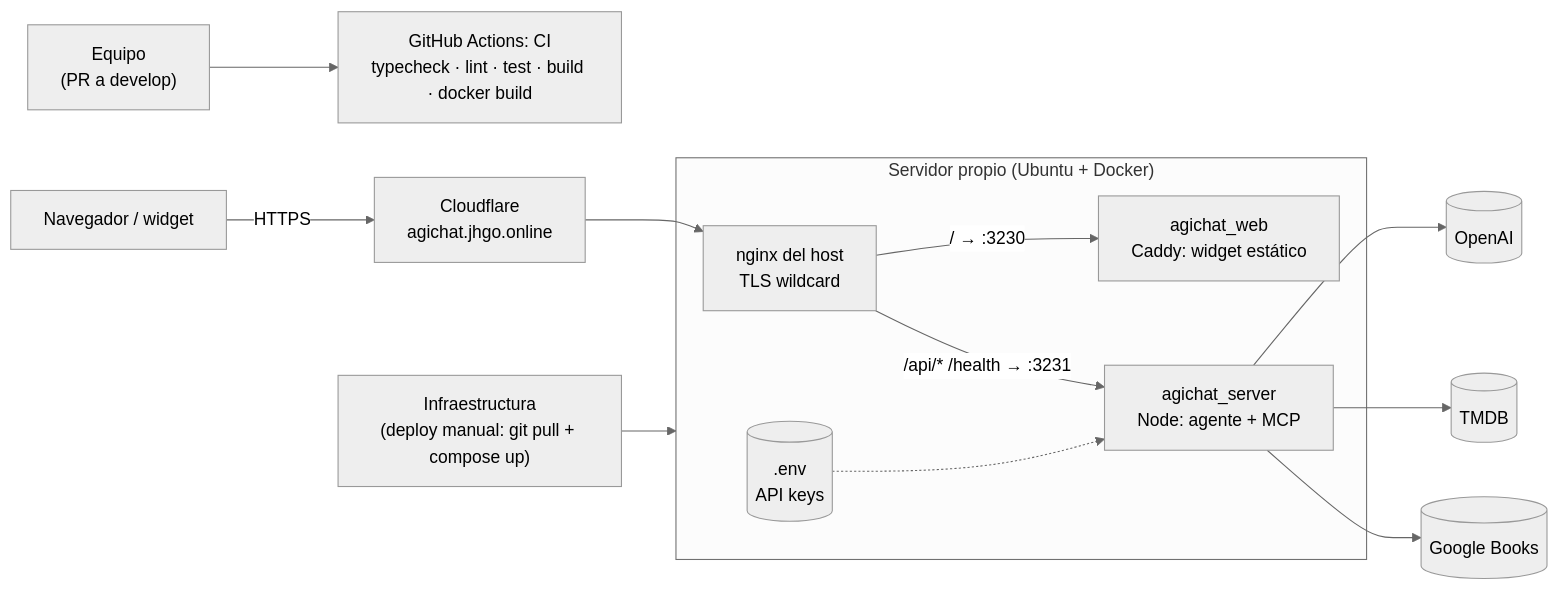
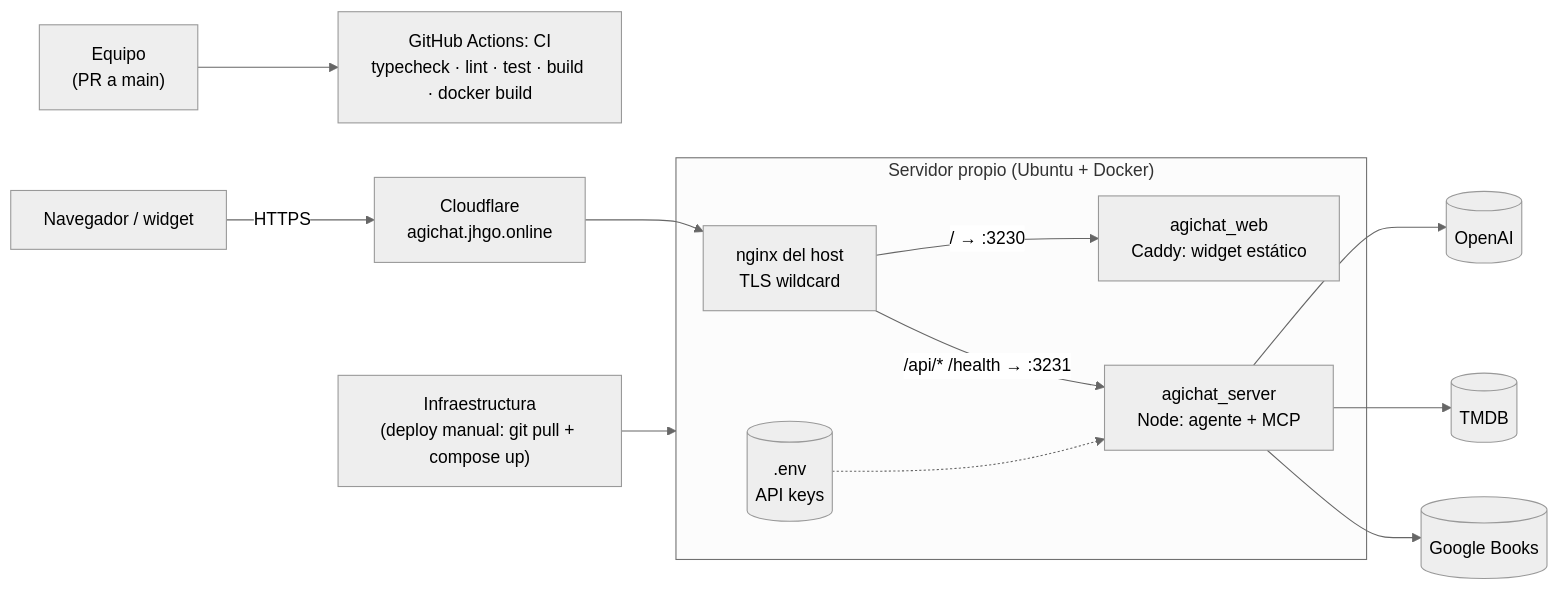
The diagram in docs/INFRAESTRUCTURA.md (her24770/ai_engineering-proyecto-1), drawn with Mermaid (neutral theme) before and after one commit. The commit also changed other lines of this file and 2 other files, not shown here.

Commit message:
docs: ajustar el flujo de ramas a Github Flow con main

````diff
--- a/docs/INFRAESTRUCTURA.md
+++ b/docs/INFRAESTRUCTURA.md
@@ -7,18 +7,18 @@
 ```mermaid
 flowchart LR
-    Dev["Equipo<br/>(PR a develop)"] --> CI["GitHub Actions: CI<br/>typecheck · lint · test · build · docker build"]
+    Dev["Equipo<br/>(PR a main)"] --> CI["GitHub Actions: CI<br/>typecheck · lint · test · build · docker build"]
     Infra["Infraestructura<br/>(deploy manual: git pull + compose up)"] --> VPS
 
     Browser["Navegador / widget"] -->|HTTPS| CF["Cloudflare<br/>agichat.jhgo.online"]
     CF --> Nginx
 
     subgraph VPS["Servidor propio (Ubuntu + Docker)"]
         Nginx["nginx del host<br/>TLS wildcard"] -->|"/  → :3230"| Web["agichat_web<br/>Caddy: widget estático"]
         Nginx -->|"/api/* /health → :3231"| Server["agichat_server<br/>Node: agente + MCP"]
         Env[(".env<br/>API keys")] -.-> Server
     end
 
     Server --> OpenAI[(OpenAI)]
     Server --> TMDB[(TMDB)]
     Server --> Books[(Google Books)]
 ```
````
